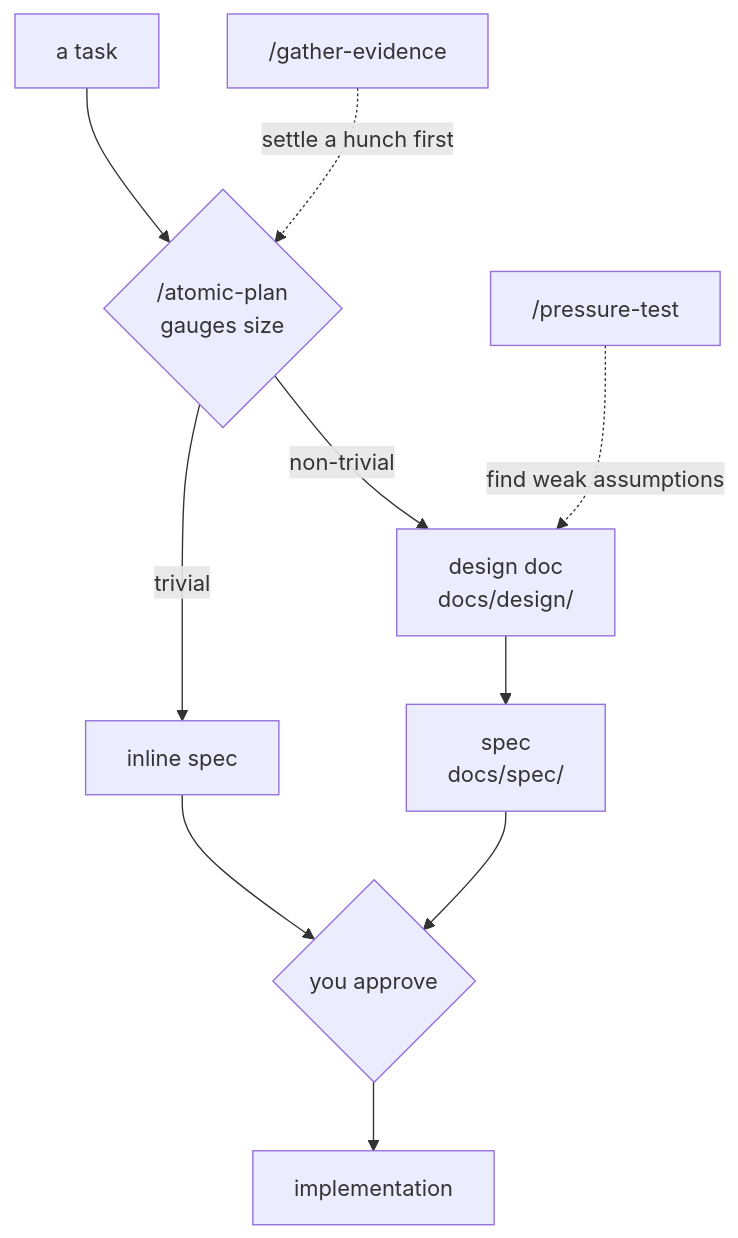
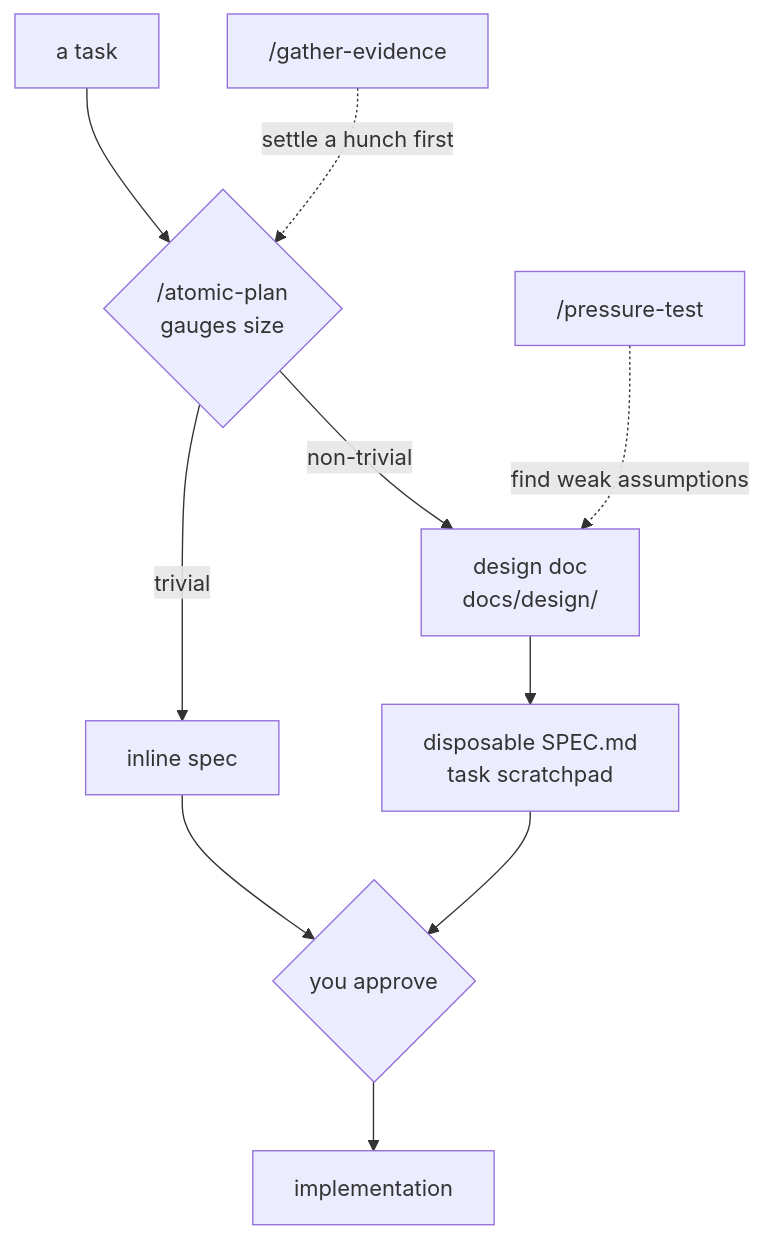
One commit to damusix/atomic-claude changed the second of 3 diagrams in docs/reference/concepts.md. Above: the diagram before and after it, drawn with Mermaid. The commit also changed other lines of this file and 203 other files, not shown here.

````diff
--- a/docs/reference/concepts.md
+++ b/docs/reference/concepts.md
@@ -179,16 +179,16 @@
 ```mermaid
 flowchart TD
     accTitle: What planning produces for a task
     accDescr: A triviality gate splits trivial work, which gets an inline spec, from non-trivial work, which gets a design doc and then a spec. Two optional gates feed the plan. You approve before any code is written.
     %% source: context/commands/atomic-plan.md
     %% claim: the triviality gate is what decides whether a design doc exists at all
     Task["a task"] --> Gate{"/atomic-plan<br/>gauges size"}
     Ev["/gather-evidence"] -.->|"settle a hunch first"| Gate
     Gate -- trivial --> Inline["inline spec"]
     Gate -- non-trivial --> Design["design doc<br/>docs/design/"]
     PT["/pressure-test"] -.->|"find weak assumptions"| Design
-    Design --> Spec["spec<br/>docs/spec/"]
+    Design --> Spec["disposable SPEC.md<br/>task scratchpad"]
     Inline --> Approve{"you approve"}
     Spec --> Approve
     Approve --> Impl["implementation"]
 ```
````
